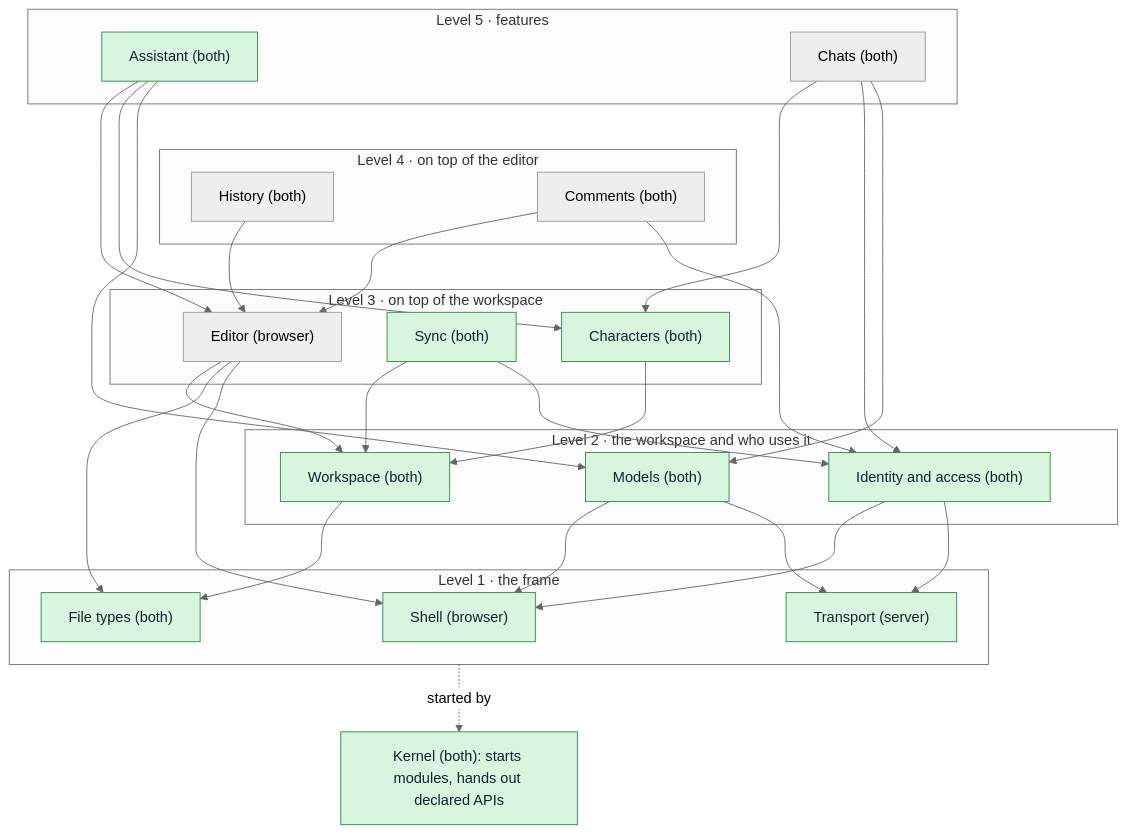
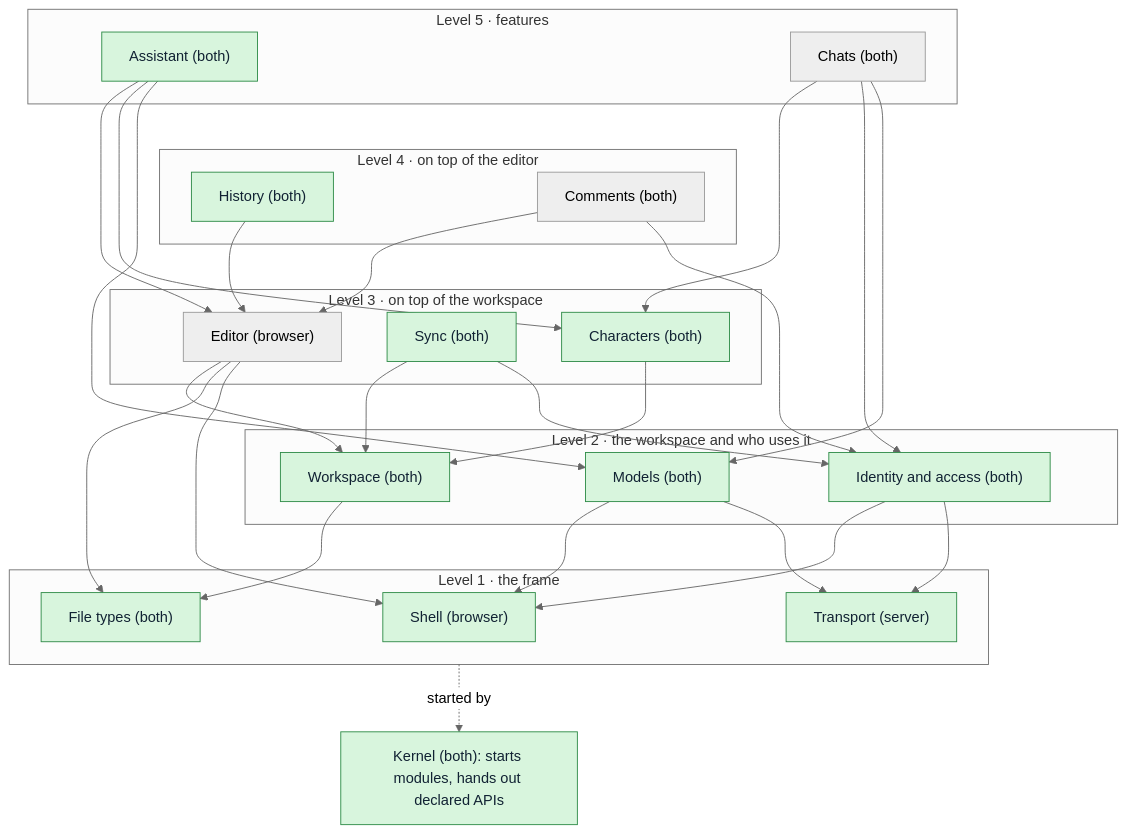
Before and after one commit to RustColeone/StiloMarker: the first of 5 diagrams in docs/ARCHITECTURE.md, drawn with Mermaid (neutral theme). The commit also changed other lines of this file and 35 other files, not shown here.

````diff
--- a/docs/ARCHITECTURE.md
+++ b/docs/ARCHITECTURE.md
@@ -54,43 +54,43 @@
 ```mermaid
 flowchart TB
   subgraph L5["Level 5 · features"]
     Assistant["Assistant (both)"]
     Chats["Chats (both)"]
   end
   subgraph L4["Level 4 · on top of the editor"]
     History["History (both)"]
     Comments["Comments (both)"]
   end
   subgraph L3["Level 3 · on top of the workspace"]
     Editor["Editor (browser)"]
     Sync["Sync (both)"]
     Characters["Characters (both)"]
   end
   subgraph L2["Level 2 · the workspace and who uses it"]
     Workspace["Workspace (both)"]
     Identity["Identity and access (both)"]
     Models["Models (both)"]
   end
   subgraph L1["Level 1 · the frame"]
     Shell["Shell (browser)"]
     Transport["Transport (server)"]
     FileTypes["File types (both)"]
   end
   Kernel["Kernel (both): starts modules, hands out declared APIs"]
 
   Assistant --> Editor & Characters & Models
   Chats --> Characters & Identity & Models
   History --> Editor
   Comments --> Editor & Identity
   Editor --> Workspace & FileTypes & Shell
   Characters --> Workspace
   Sync --> Workspace & Identity
   Workspace --> FileTypes
   Identity --> Shell & Transport
   Models --> Shell & Transport
   L1 -.started by.-> Kernel
   L5 ~~~ L4 ~~~ L3 ~~~ L2 ~~~ L1
 
   classDef built fill:#d8f5dd,stroke:#2e8b47,color:#123;
-  class Shell,Transport,FileTypes,Workspace,Identity,Models,Sync,Characters,Assistant,Kernel built;
+  class Shell,Transport,FileTypes,Workspace,Identity,Models,Sync,Characters,History,Assistant,Kernel built;
 ```
````
